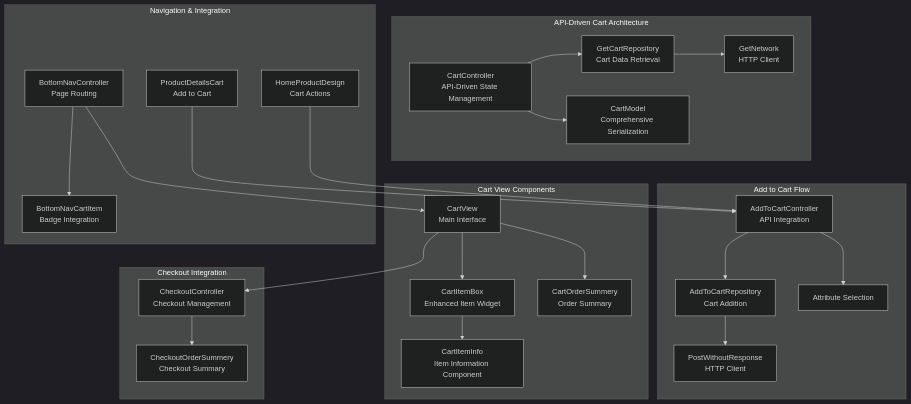
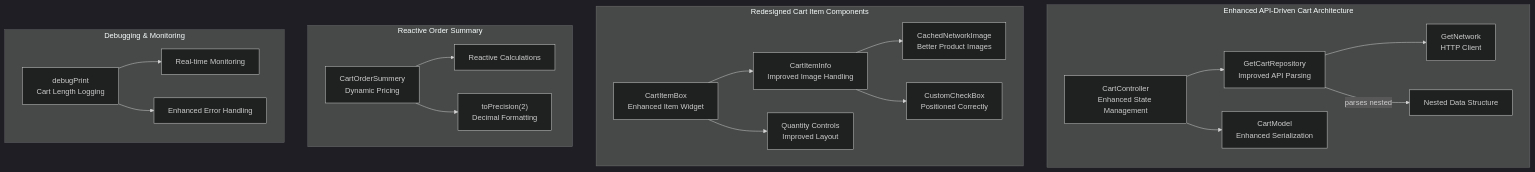
The first of 11 diagrams in .qoder/repowiki/en/content/Core Features/E-commerce Platform/Shopping Cart System.md (Ariful3111/FurniGo), drawn with Mermaid (dark theme) before and after one commit. The commit also changed other lines of this file and 8 other files, not shown here.

Commit message:
Cart Item Toggle Completed

````diff
--- a/.qoder/repowiki/en/content/Core Features/E-commerce Platform/Shopping Cart System.md
+++ b/.qoder/repowiki/en/content/Core Features/E-commerce Platform/Shopping Cart System.md
@@ -62,28 +63,23 @@
 ```mermaid
 graph TB
-subgraph "API-Driven Cart Architecture"
-CC["CartController<br/>API-Driven State Management"] --> GCR["GetCartRepository<br/>Cart Data Retrieval"]
-CC --> CM["CartModel<br/>Comprehensive Serialization"]
+subgraph "Enhanced API-Driven Cart Architecture"
+CC["CartController<br/>Enhanced State Management"] --> GCR["GetCartRepository<br/>Improved API Parsing"]
+CC --> CM["CartModel<br/>Enhanced Serialization"]
 GCR --> GN["GetNetwork<br/>HTTP Client"]
+GCR --> |parses nested| DATA["Nested Data Structure"]
 end
-subgraph "Add to Cart Flow"
-ATCC["AddToCartController<br/>API Integration"] --> ACR["AddToCartRepository<br/>Cart Addition"]
-ATCC --> ATC["Attribute Selection"]
-ACR --> PWR["PostWithoutResponse<br/>HTTP Client"]
+subgraph "Redesigned Cart Item Components"
+CIB["CartItemBox<br/>Enhanced Item Widget"] --> CII["CartItemInfo<br/>Improved Image Handling"]
+CII --> CNI["CachedNetworkImage<br/>Better Product Images"]
+CII --> CBC["CustomCheckBox<br/>Positioned Correctly"]
+CIB --> QTY["Quantity Controls<br/>Improved Layout"]
 end
-subgraph "Cart View Components"
-CV["CartView<br/>Main Interface"] --> CIB["CartItemBox<br/>Enhanced Item Widget"]
-CIB --> CII["CartItemInfo<br/>Item Information Component"]
-CV --> COS["CartOrderSummery<br/>Order Summary"]
+subgraph "Reactive Order Summary"
+COS["CartOrderSummery<br/>Dynamic Pricing"] --> RX["Reactive Calculations"]
+COS --> PRECISION["toPrecision(2)<br/>Decimal Formatting"]
 end
-subgraph "Checkout Integration"
-CKC["CheckoutController<br/>Checkout Management"] --> COS2["CheckoutOrderSummery<br/>Checkout Summary"]
-CV --> CKC
-end
-subgraph "Navigation & Integration"
-BNC["BottomNavController<br/>Page Routing"] --> CV
-BNC --> BNCI["BottomNavCartItem<br/>Badge Integration"]
-HPD["HomeProductDesign<br/>Cart Actions"] --> ATCC
-PDC["ProductDetailsCart<br/>Add to Cart"] --> ATCC
+subgraph "Debugging & Monitoring"
+DEBUG["debugPrint<br/>Cart Length Logging"] --> MONITOR["Real-time Monitoring"]
+DEBUG --> ERROR["Enhanced Error Handling"]
 end
 ```
````
